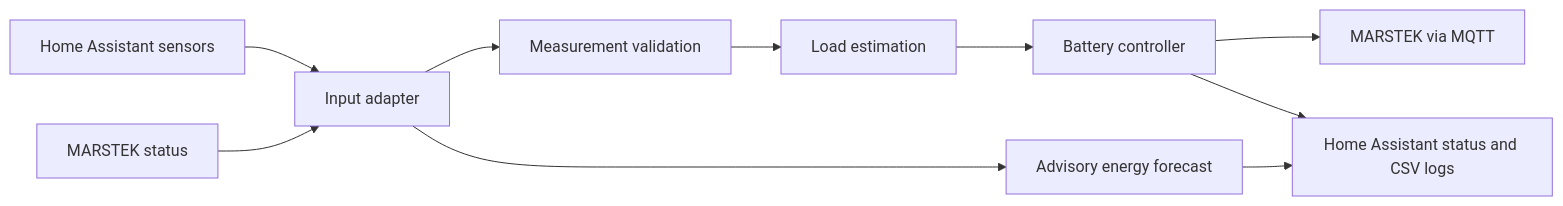
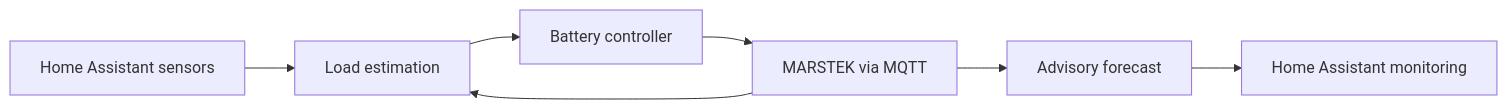
The diagram in README.md (hermava/residential-energy-management), drawn with Mermaid before and after one commit. The commit also changed other lines of this file and 1 other file, not shown here.

````diff
--- a/README.md
+++ b/README.md
@@ -11,12 +12,9 @@
 ```mermaid
 flowchart LR
-  HA[Home Assistant sensors] --> ADAPTER[Input adapter]
-  MQTT[MARSTEK status] --> ADAPTER
-  ADAPTER --> VALIDATION[Measurement validation]
-  VALIDATION --> LOAD[Load estimation]
+  HA[Home Assistant sensors] --> LOAD[Load estimation]
+  BATTERY[MARSTEK via MQTT] --> LOAD
   LOAD --> CONTROL[Battery controller]
-  CONTROL --> BATTERY[MARSTEK via MQTT]
-  ADAPTER --> FORECAST[Advisory energy forecast]
-  FORECAST --> REPORT[Home Assistant status and CSV logs]
-  CONTROL --> REPORT
+  CONTROL --> BATTERY
+  BATTERY --> FORECAST[Advisory forecast]
+  FORECAST --> REPORT[Home Assistant monitoring]
 ```
````
